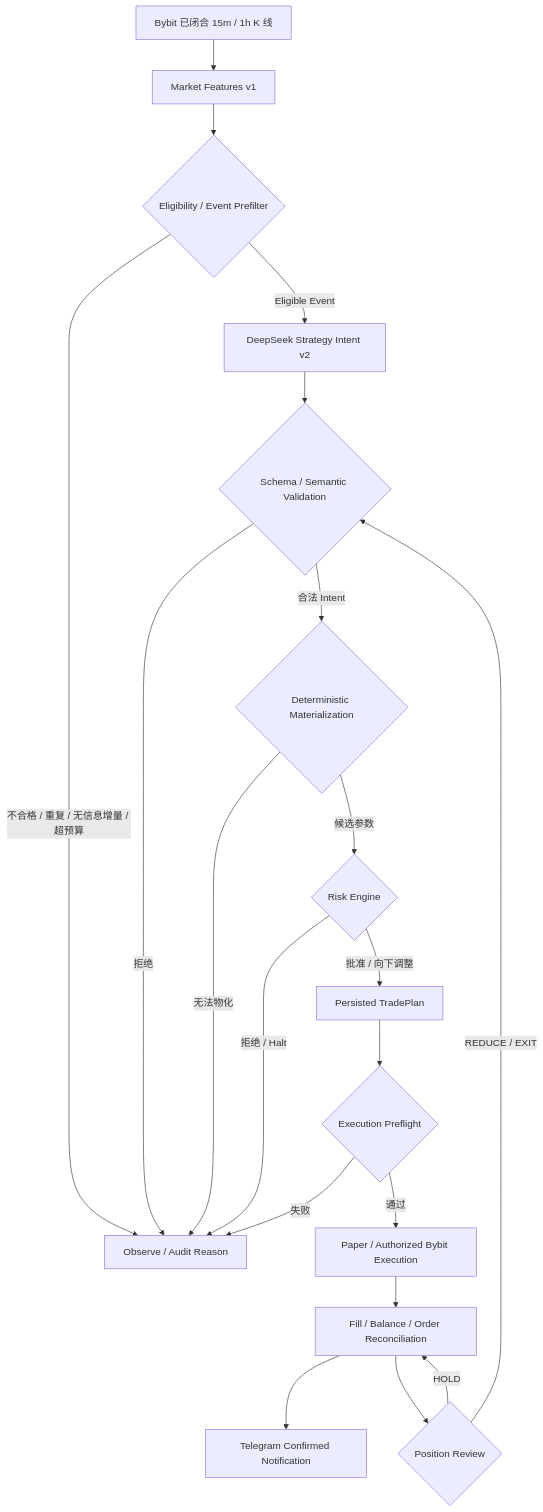
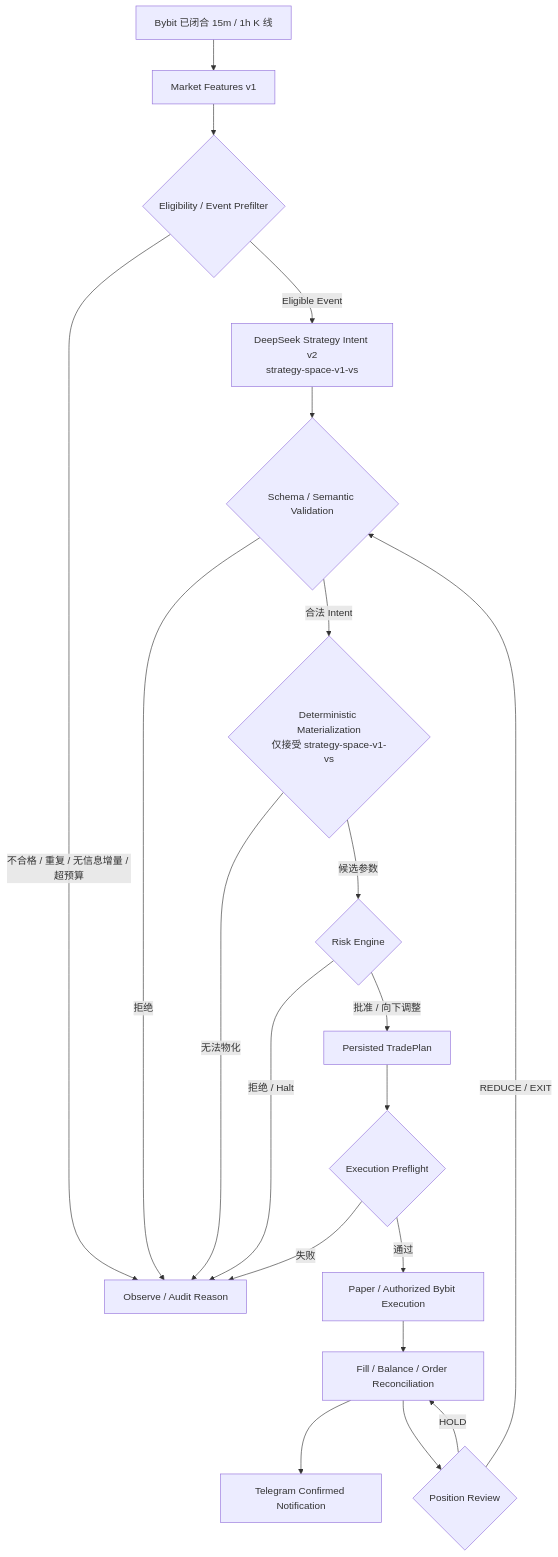
One commit to misakimei123/iron-pilot changed the second of 2 diagrams in docs/DEVELOPMENT_PLAN.md. Above: the diagram before and after it, drawn with Mermaid. The commit also changed other lines of this file and 4 other files, not shown here.

````diff
--- a/docs/DEVELOPMENT_PLAN.md
+++ b/docs/DEVELOPMENT_PLAN.md
@@ -1240,36 +1284,36 @@
 ```mermaid
 flowchart TD
     K["Bybit 已闭合 15m / 1h K 线"]
     F["Market Features v1"]
     E{"Eligibility / Event Prefilter"}
-    A["DeepSeek Strategy Intent v2"]
+    A["DeepSeek Strategy Intent v2<br/>strategy-space-v1-vs"]
     V{"Schema / Semantic Validation"}
-    M{"Deterministic Materialization"}
+    M{"Deterministic Materialization<br/>仅接受 strategy-space-v1-vs"}
     R{"Risk Engine"}
     T["Persisted TradePlan"]
     P{"Execution Preflight"}
     X["Paper / Authorized Bybit Execution"]
     C["Fill / Balance / Order Reconciliation"]
     H{"Position Review"}
     N["Telegram Confirmed Notification"]
     O["Observe / Audit Reason"]
 
     K --> F --> E
     E -->|"不合格 / 重复 / 无信息增量 / 超预算"| O
     E -->|"Eligible Event"| A
     A --> V
     V -->|"拒绝"| O
     V -->|"合法 Intent"| M
     M -->|"无法物化"| O
     M -->|"候选参数"| R
     R -->|"拒绝 / Halt"| O
     R -->|"批准 / 向下调整"| T
     T --> P
     P -->|"失败"| O
     P -->|"通过"| X
     X --> C
     C --> N
     C --> H
     H -->|"HOLD"| C
     H -->|"REDUCE / EXIT"| V
 ```
````
